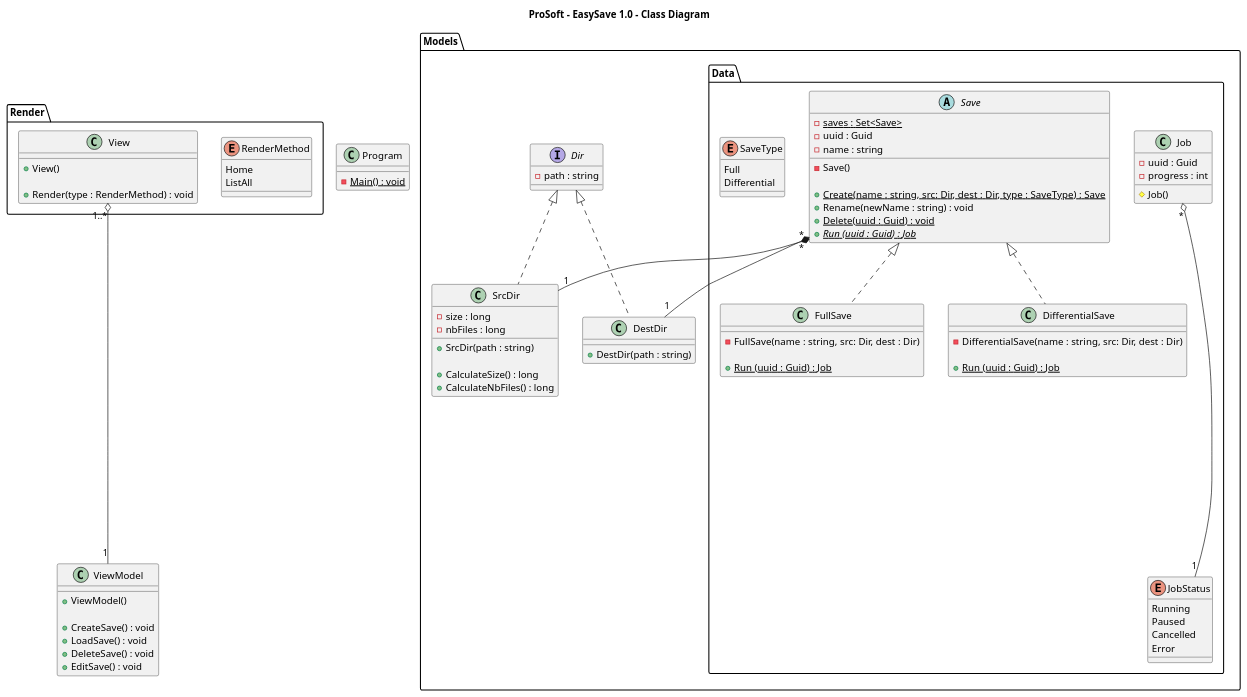
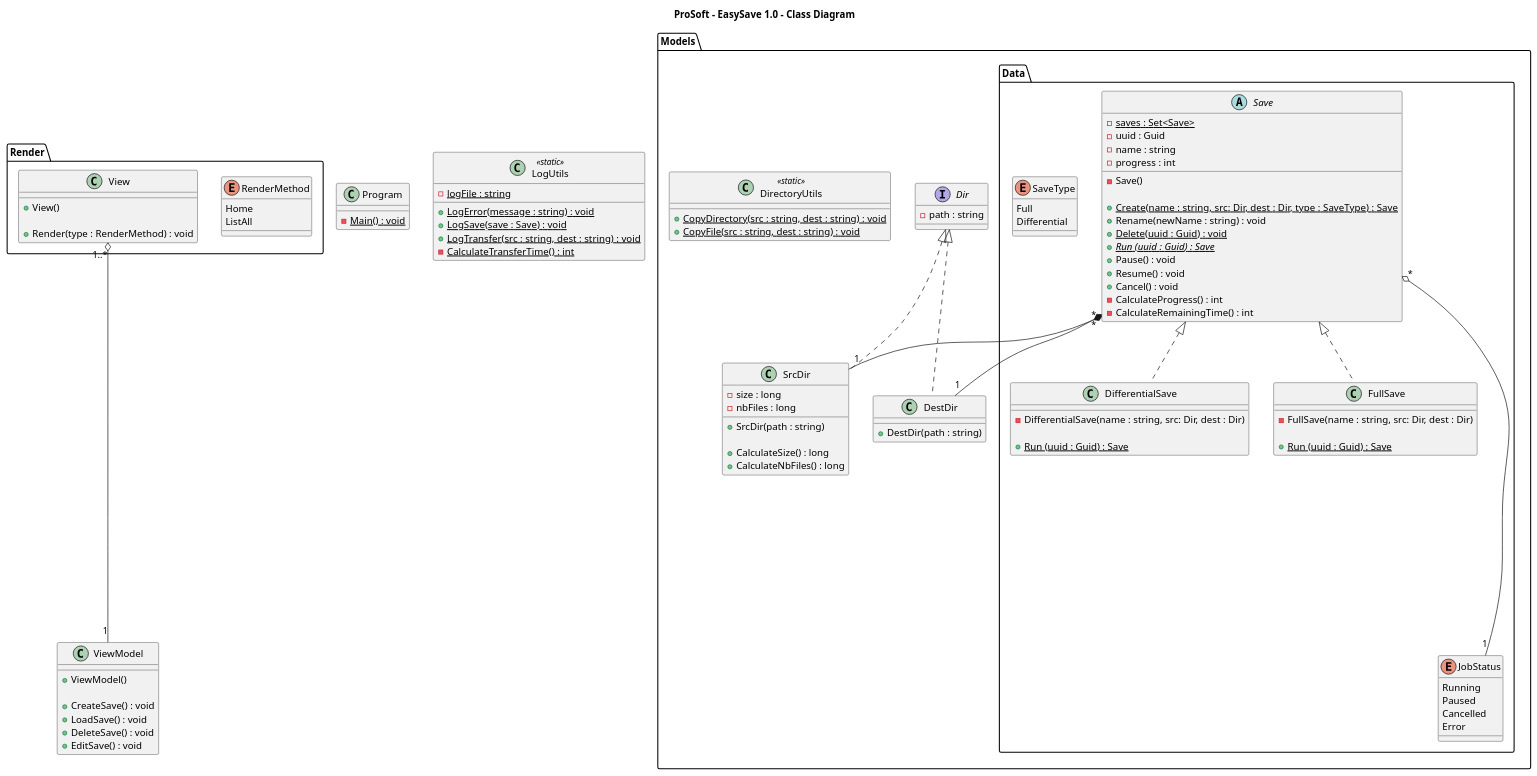
One commit to TangoAlphaN/EasySave changed the diagram in docs/diagrams/class.puml. Above: the diagram before and after it, drawn with PlantUML.

```diff
--- a/docs/diagrams/class.puml
+++ b/docs/diagrams/class.puml
@@ -1,114 +1,127 @@
 @startuml ProSoft - EasySave 1.0 - Class Diagram
 
 title "ProSoft - EasySave 1.0 - Class Diagram"
 
 class ViewModel {
     + ViewModel()
 
     + CreateSave() : void
     + LoadSave() : void
     + DeleteSave() : void
     + EditSave() : void
 }
 
 class Program {
     - {static} Main() : void
+}
+
+class LogUtils <<static>> {
+    - {static} logFile : string
+
+    + {static} LogError(message : string) : void
+    + {static} LogSave(save : Save) : void
+    + {static} LogTransfer(src : string, dest : string) : void
+    - {static} CalculateTransferTime() : int
 }
 
 package Render <<Folder>> {
 
     enum RenderMethod {
         Home
         ListAll
     }
 
     class View {
         + View()
 
         + Render(type : RenderMethod) : void
     }
 
 }
 
 package Models <<Folder>> {
 
     Interface Dir {
         - path : string
     }
 
     class SrcDir {
         - size : long
         - nbFiles : long
 
         + SrcDir(path : string)
 
         + CalculateSize() : long
         + CalculateNbFiles() : long
     }
 
     class DestDir {
         + DestDir(path : string)
     }
 
     package Data <<Folder>> {
 
         abstract class Save {
             - {static} saves : Set<Save>
             - uuid : Guid
             - name : string
+            - progress : int
 
             - Save()
 
             + {static} Create(name : string, src: Dir, dest : Dir, type : SaveType) : Save
             + Rename(newName : string) : void
             + {static} Delete(uuid : Guid) : void
-            + {static} {abstract} Run (uuid : Guid) : Job
+            + {static} {abstract} Run (uuid : Guid) : Save
+            + Pause() : void
+            + Resume() : void
+            + Cancel() : void
+            - CalculateProgress() : int
+            - CalculateRemainingTime() : int
         }
 
         class DifferentialSave {
             - DifferentialSave(name : string, src: Dir, dest : Dir)
             
-            + {static} Run (uuid : Guid) : Job
+            + {static} Run (uuid : Guid) : Save
         }
 
         class FullSave {
             - FullSave(name : string, src: Dir, dest : Dir)
             
-            + {static} Run (uuid : Guid) : Job
-        }
-
-        class Job {
-            - uuid : Guid
-            - progress : int
-
-            # Job()
+            + {static} Run (uuid : Guid) : Save
         }
 
         enum SaveType {
             Full
             Differential
         }
 
         enum JobStatus {
             Running
             Paused
             Cancelled
             Error
         }
         
     }
 
+    class DirectoryUtils <<static>> {
+        + {static} CopyDirectory(src : string, dest : string) : void
+        + {static} CopyFile(src : string, dest : string) : void
+    }
+
 }
 
 View "1..*" o------ "1" ViewModel
 Save "*" *-- "1" SrcDir
 Save "*" *-- "1" DestDir
-Job "*" o------ "1" JobStatus
+Save "*" o------ "1" JobStatus
 
 Dir <|.. SrcDir
 Dir <|.. DestDir
 
 Save <|.. FullSave
 Save <|.. DifferentialSave
 
 @enduml
```
